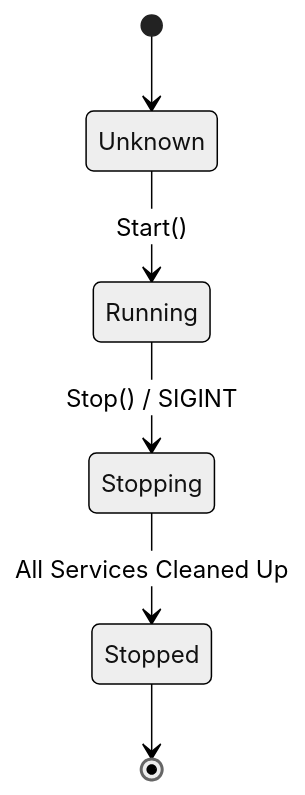
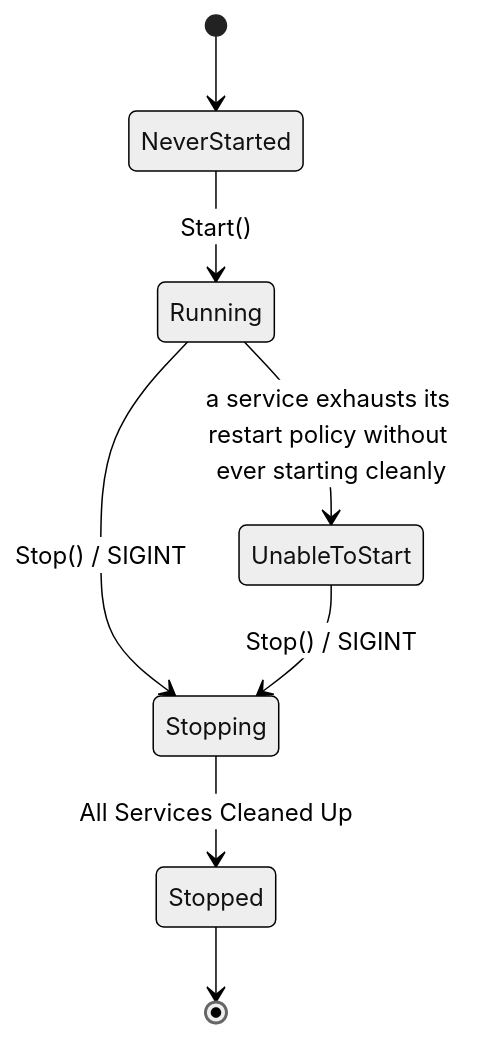
One commit to phpboyscout/go-tool-base changed the diagram in docs/explanation/concepts/service-orchestration.md. Above: the diagram before and after it, drawn with Mermaid (neutral theme). The commit also changed other lines of this file and 3 other files, not shown here.

````diff
--- a/docs/explanation/concepts/service-orchestration.md
+++ b/docs/explanation/concepts/service-orchestration.md
@@ -55,8 +55,10 @@
 ```mermaid
 stateDiagram-v2
-    [*] --> Unknown
-    Unknown --> Running: Start()
+    [*] --> NeverStarted
+    NeverStarted --> Running: Start()
     Running --> Stopping: Stop() / SIGINT
+    Running --> UnableToStart: a service exhausts its restart policy without ever starting cleanly
+    UnableToStart --> Stopping: Stop() / SIGINT
     Stopping --> Stopped: All Services Cleaned Up
     Stopped --> [*]
 ```
````
